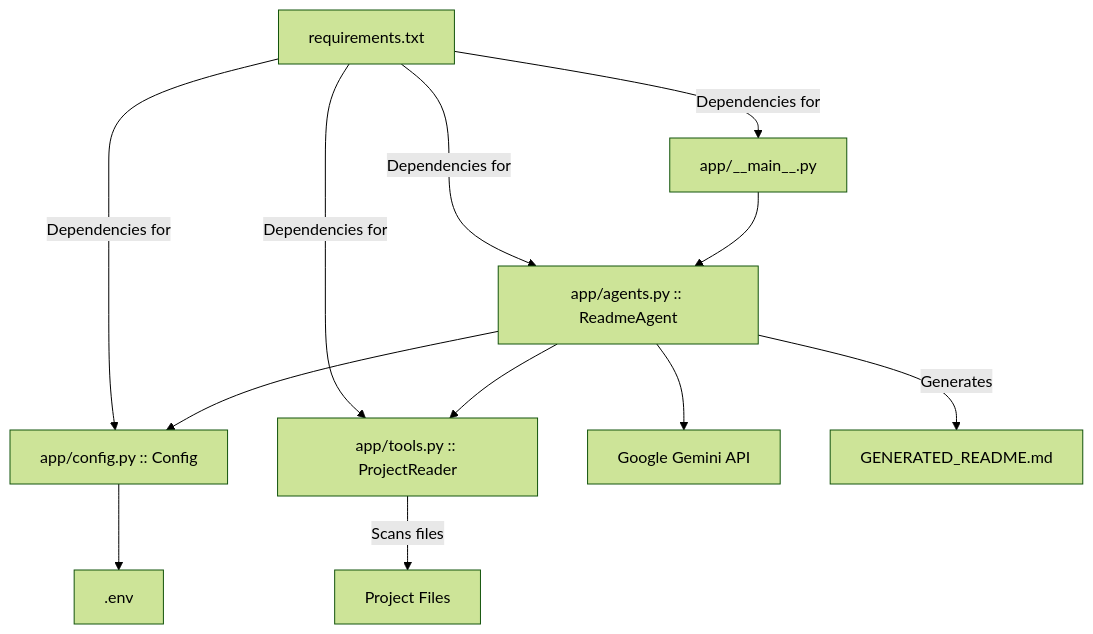
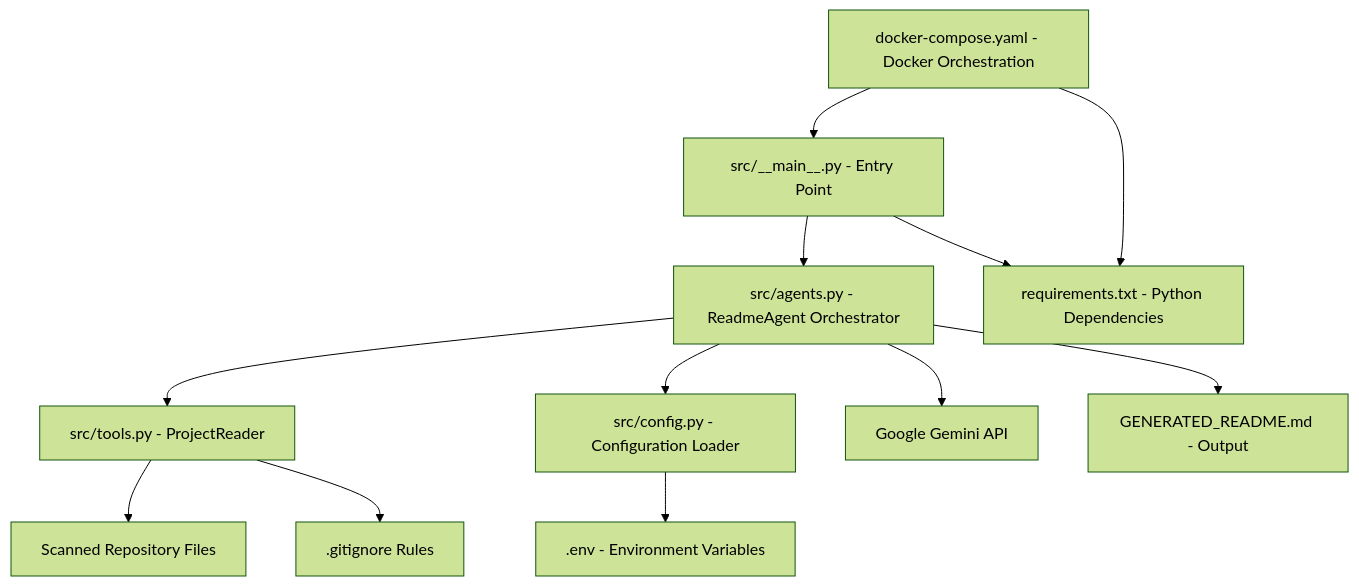
One commit to shreeg25/RepoXray changed the diagram in GENERATED_README.md. Above: the diagram before and after it, drawn with Mermaid (forest theme). The commit also changed other lines of this file and 3 other files, not shown here.

````diff
--- a/GENERATED_README.md
+++ b/GENERATED_README.md
@@ -7,15 +7,14 @@
 ```mermaid
 graph TD
-    A["app/__main__.py"] --> B["app/agents.py :: ReadmeAgent"]
-    B --> C["app/config.py :: Config"]
-    C --> E[".env"]
-    B --> D["app/tools.py :: ProjectReader"]
-    B --> H["Google Gemini API"]
-    D --> |Scans files| X["Project Files"]
-    B -- "Generates" --> G["GENERATED_README.md"]
-
-    F["requirements.txt"] --> |Dependencies for| A
-    F --> |Dependencies for| B
-    F --> |Dependencies for| C
-    F --> |Dependencies for| D
+    A["src/__main__.py - Entry Point"] --> B["src/agents.py - ReadmeAgent Orchestrator"]
+    B --> C["src/tools.py - ProjectReader"]
+    B --> D["src/config.py - Configuration Loader"]
+    B --> G["Google Gemini API"]
+    C --> F["Scanned Repository Files"]
+    C --> K[".gitignore Rules"]
+    D --> E[".env - Environment Variables"]
+    A --> H["requirements.txt - Python Dependencies"]
+    I["docker-compose.yaml - Docker Orchestration"] --> A
+    I --> H
+    B --> J["GENERATED_README.md - Output"]
 ```
````
